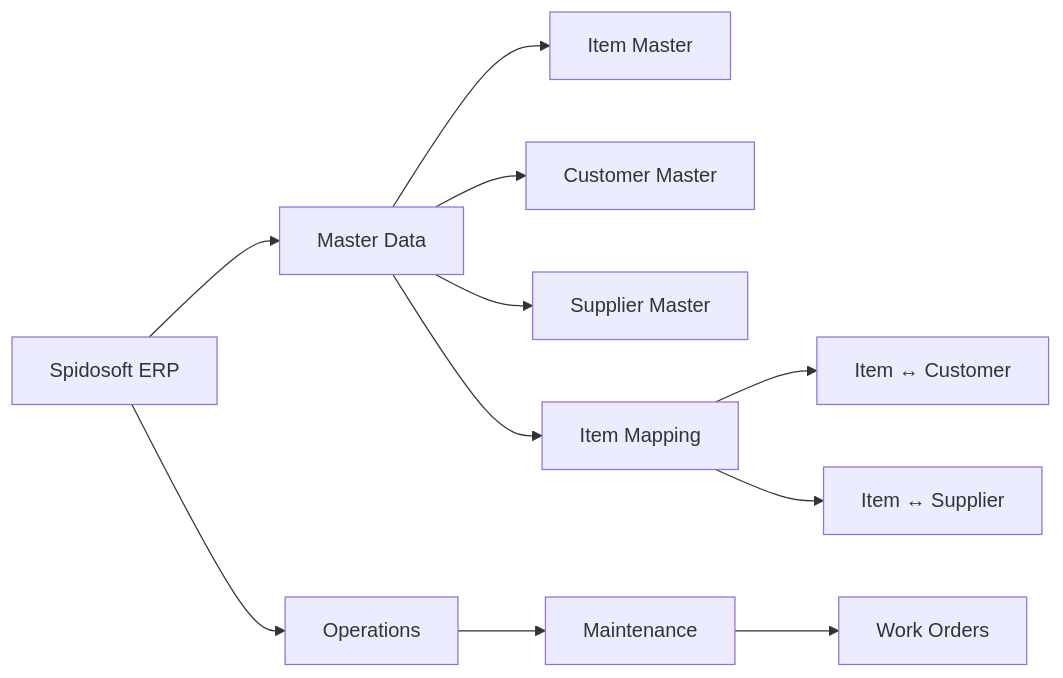
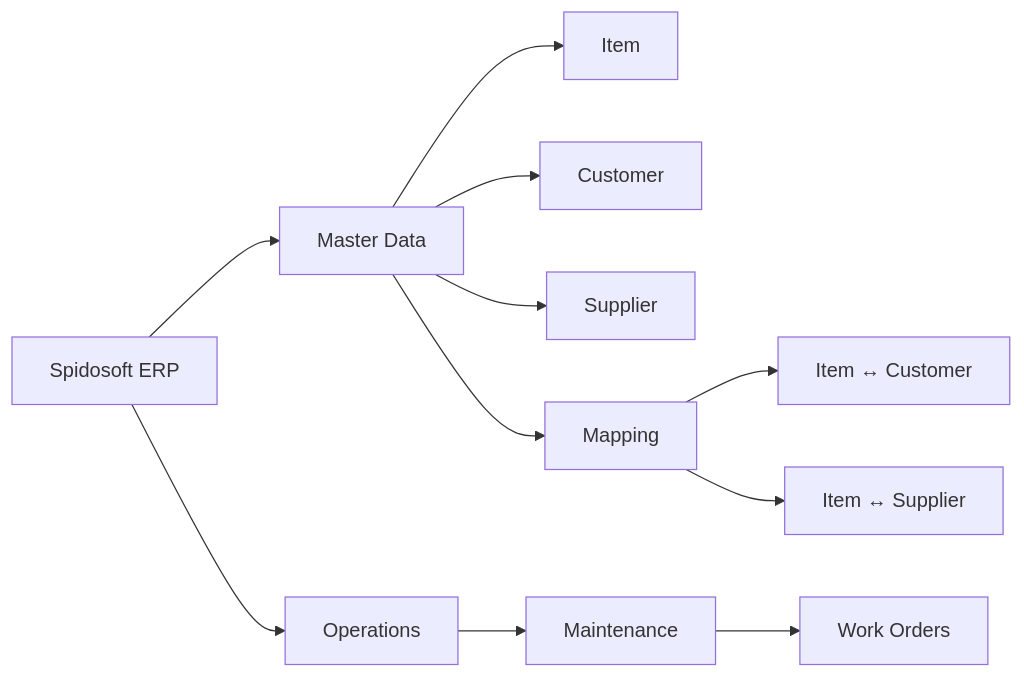
The first of 3 diagrams in README.md (AtharvaVavhal/spidosoft-erp), drawn with Mermaid before and after one commit. The commit also changed other lines of this file, not shown here.

````diff
--- a/README.md
+++ b/README.md
@@ -58,15 +76,15 @@
 ```mermaid
 flowchart LR
     ERP["Spidosoft ERP"] --> MD["Master Data"]
     ERP --> OPS["Operations"]
 
-    MD --> ITEM["Item Master"]
-    MD --> CUSTOMER["Customer Master"]
-    MD --> SUPPLIER["Supplier Master"]
-    MD --> MAP["Item Mapping"]
+    MD --> ITEM["Item"]
+    MD --> CUSTOMER["Customer"]
+    MD --> SUPPLIER["Supplier"]
+    MD --> MAP["Mapping"]
     MAP --> IC["Item ↔ Customer"]
     MAP --> IS["Item ↔ Supplier"]
 
     OPS --> MAINT["Maintenance"]
     MAINT --> WO["Work Orders"]
 ```
````
